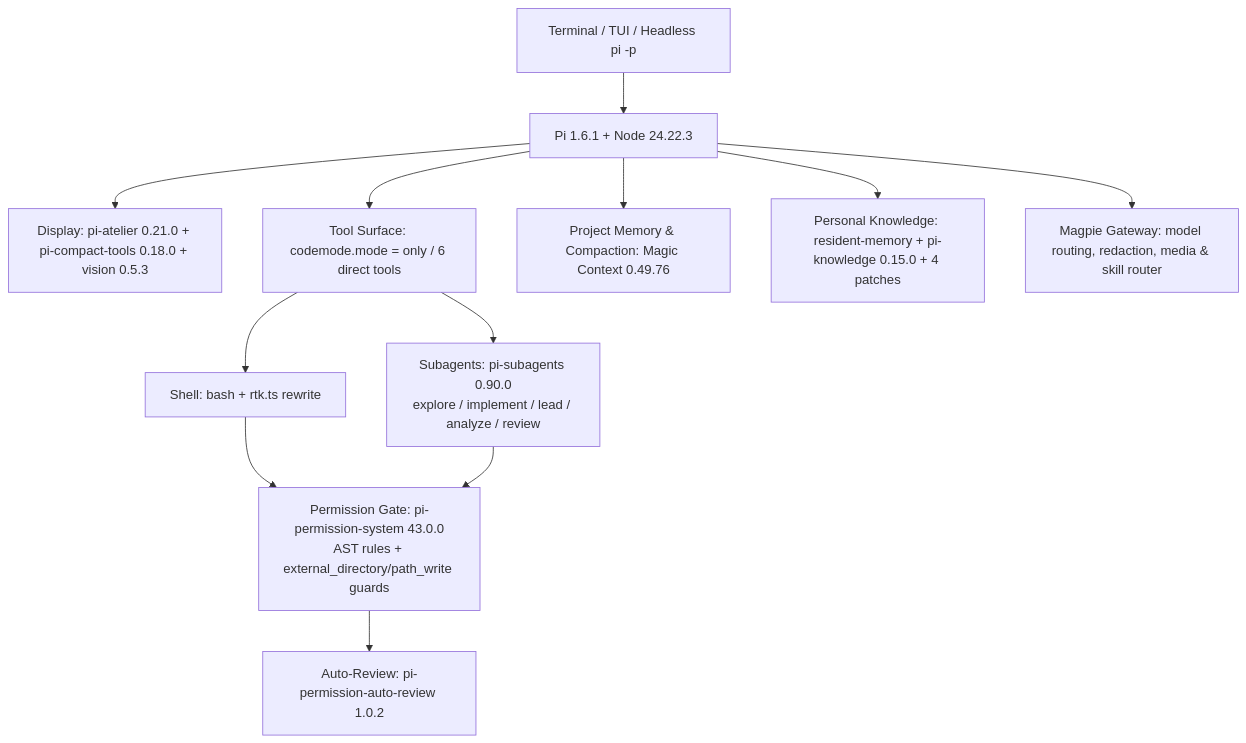
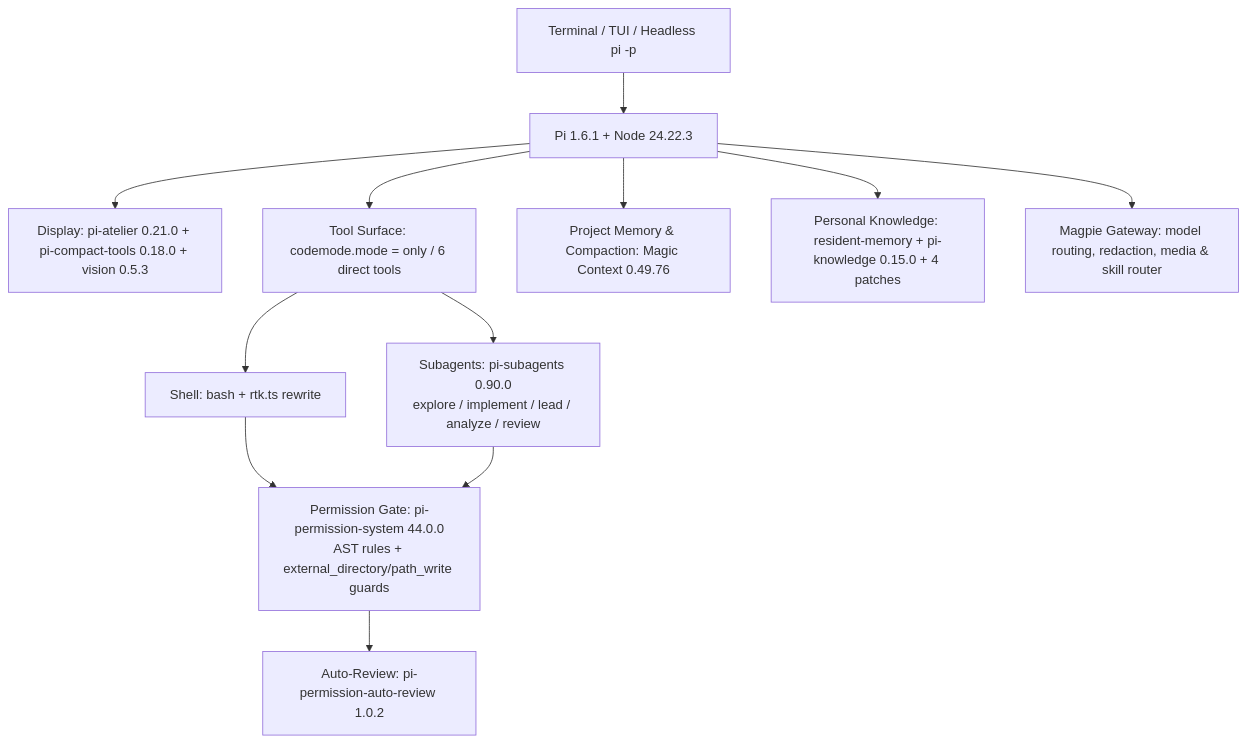
The diagram in README.md (AkiR1n/akis-pi), drawn with Mermaid before and after one commit. The commit also changed 5 other files, not shown here.

Commit message:
docs: sync GitHub Pages and docs to permission-system 44.0.0 and pi-codex-exec v1.3.0

````diff
--- a/README.md
+++ b/README.md
@@ -17,13 +17,13 @@
 ```mermaid
 flowchart TD
     U[Terminal / TUI / Headless pi -p] --> PI[Pi 1.6.1 + Node 24.22.3]
     PI --> UI[Display: pi-atelier 0.21.0 + pi-compact-tools 0.18.0 + vision 0.5.3]
     PI --> CM[Tool Surface: codemode.mode = only / 6 direct tools]
     CM --> SUB[Subagents: pi-subagents 0.90.0<br/>explore / implement / lead / analyze / review]
     CM --> SHELL[Shell: bash + rtk.ts rewrite]
-    SHELL & SUB --> PERM[Permission Gate: pi-permission-system 43.0.0<br/>AST rules + external_directory/path_write guards]
+    SHELL & SUB --> PERM[Permission Gate: pi-permission-system 44.0.0<br/>AST rules + external_directory/path_write guards]
     PERM --> REV[Auto-Review: pi-permission-auto-review 1.0.2]
     PI --> MEM1[Project Memory & Compaction: Magic Context 0.49.76]
     PI --> MEM2[Personal Knowledge: resident-memory + pi-knowledge 0.15.0 + 4 patches]
     PI --> MG[Magpie Gateway: model routing, redaction, media & skill router]
 ```
````
